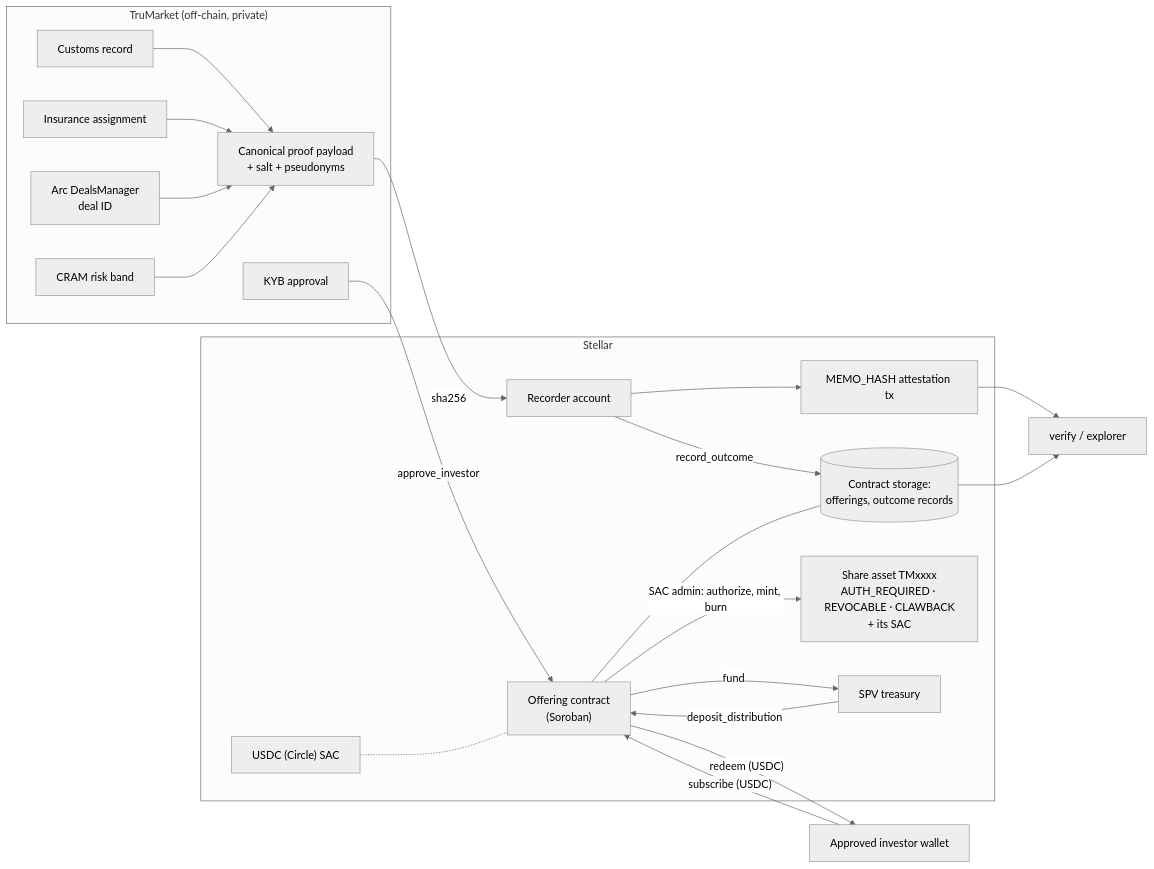
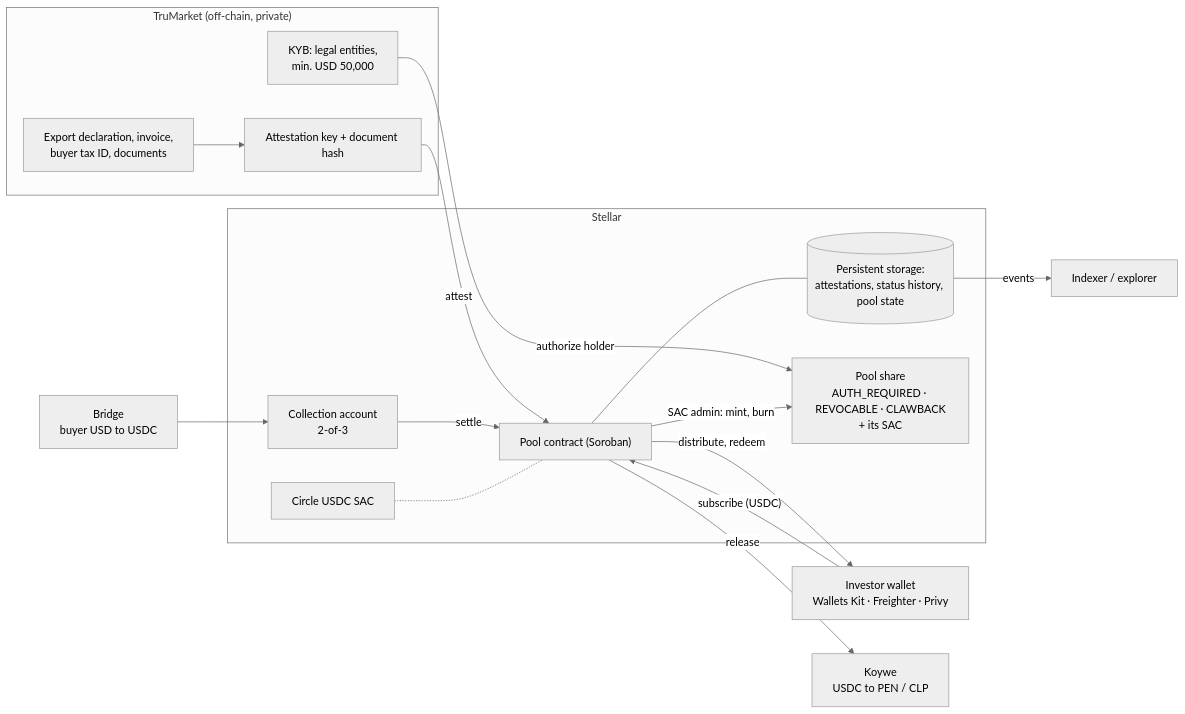
One commit to AgroSmart-Contracts/Proof-Of-Trading changed the diagram in docs/figures/system.mmd. Above: the diagram before and after it, drawn with Mermaid (neutral theme). The commit also changed 17 other files, not shown here.

Commit message:
docs(figures): pool model figures (pilot structure, money flow, waterfall, receivable lifecycle, before/after, build plan); architecture leads with the pilot

```diff
--- a/docs/figures/system.mmd
+++ b/docs/figures/system.mmd
@@ -1,36 +1,31 @@
-%% System overview: proof layer and finance layer on Stellar
+%% System overview: the pilot pool on Stellar (design for Tranche 1; the testnet record is the v0.2 prototype)
 flowchart LR
   subgraph TM["TruMarket (off-chain, private)"]
-    CU["Customs record"] --> PL["Canonical proof payload<br/>+ salt + pseudonyms"]
-    IN["Insurance assignment"] --> PL
-    AR["Arc DealsManager<br/>deal ID"] --> PL
-    CR["CRAM risk band"] --> PL
-    KYB["KYB approval"]
+    DOC["Export declaration, invoice,<br/>buyer tax ID, documents"] --> KEY["Attestation key + document hash"]
+    KYB["KYB: legal entities,<br/>min. USD 50,000"]
   end
 
   subgraph ST["Stellar"]
-    REC["Recorder account"]
-    MH["MEMO_HASH attestation tx"]
-    OC["Offering contract<br/>(Soroban)"]
-    RS[("Contract storage:<br/>offerings, outcome records")]
-    SH["Share asset TMxxxx<br/>AUTH_REQUIRED · REVOCABLE · CLAWBACK<br/>+ its SAC"]
-    USDC["USDC (Circle) SAC"]
-    TR["SPV treasury"]
+    PC["Pool contract (Soroban)"]
+    RS[("Persistent storage:<br/>attestations, status history, pool state")]
+    SH["Pool share<br/>AUTH_REQUIRED · REVOCABLE · CLAWBACK<br/>+ its SAC"]
+    USDC["Circle USDC SAC"]
+    COL["Collection account<br/>2-of-3"]
   end
 
-  INV["Approved investor wallet"]
-  VER["verify / explorer"]
+  INV["Investor wallet<br/>Wallets Kit · Freighter · Privy"]
+  BR["Bridge<br/>buyer USD to USDC"]
+  KOY["Koywe<br/>USDC to PEN / CLP"]
+  VER["Indexer / explorer"]
 
-  PL -- "sha256" --> REC
-  REC --> MH
-  REC -- "record_outcome" --> RS
-  OC --- RS
-  KYB -- "approve_investor" --> OC
-  OC -- "SAC admin: authorize, mint, burn" --> SH
-  INV -- "subscribe (USDC)" --> OC
-  OC -- "fund" --> TR
-  TR -- "deposit_distribution" --> OC
-  OC -- "redeem (USDC)" --> INV
-  USDC -.- OC
-  MH --> VER
-  RS --> VER
+  KEY -- "attest" --> PC
+  PC --- RS
+  KYB -- "authorize holder" --> SH
+  PC -- "SAC admin: mint, burn" --> SH
+  INV -- "subscribe (USDC)" --> PC
+  PC -- "release" --> KOY
+  BR --> COL
+  COL -- "settle" --> PC
+  PC -- "distribute, redeem" --> INV
+  USDC -.- PC
+  RS -- "events" --> VER
```
